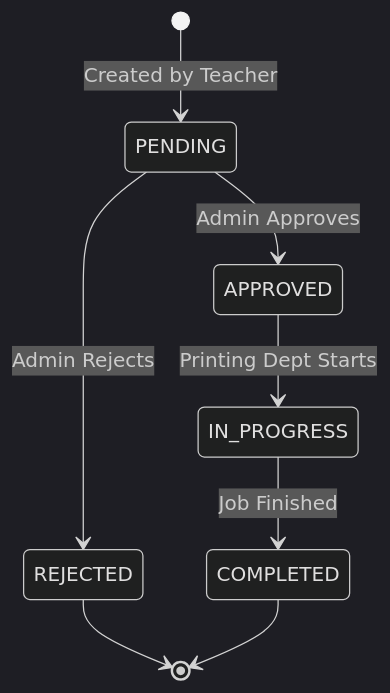
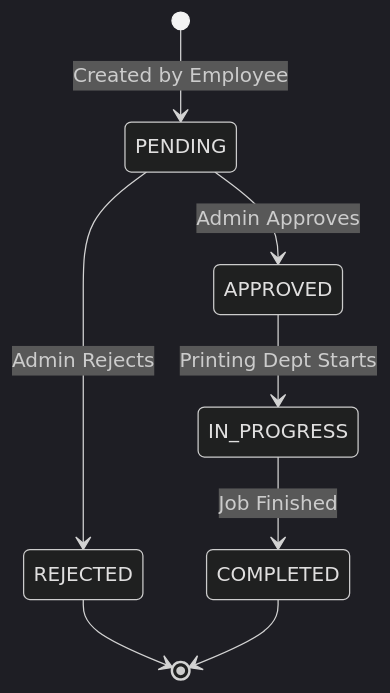
One commit to sh1vam-03/printportal changed the diagram in docs/server/print-request.md. Above: the diagram before and after it, drawn with Mermaid (dark theme). The commit also changed other lines of this file and 10 other files, not shown here.

````diff
--- a/docs/server/print-request.md
+++ b/docs/server/print-request.md
@@ -16,12 +16,12 @@
 ```mermaid
 stateDiagram-v2
-    [*] --> PENDING: Created by Teacher
+    [*] --> PENDING: Created by Employee
     PENDING --> APPROVED: Admin Approves
     PENDING --> REJECTED: Admin Rejects
     
     APPROVED --> IN_PROGRESS: Printing Dept Starts
     IN_PROGRESS --> COMPLETED: Job Finished
     
     REJECTED --> [*]
     COMPLETED --> [*]
 ```
````
